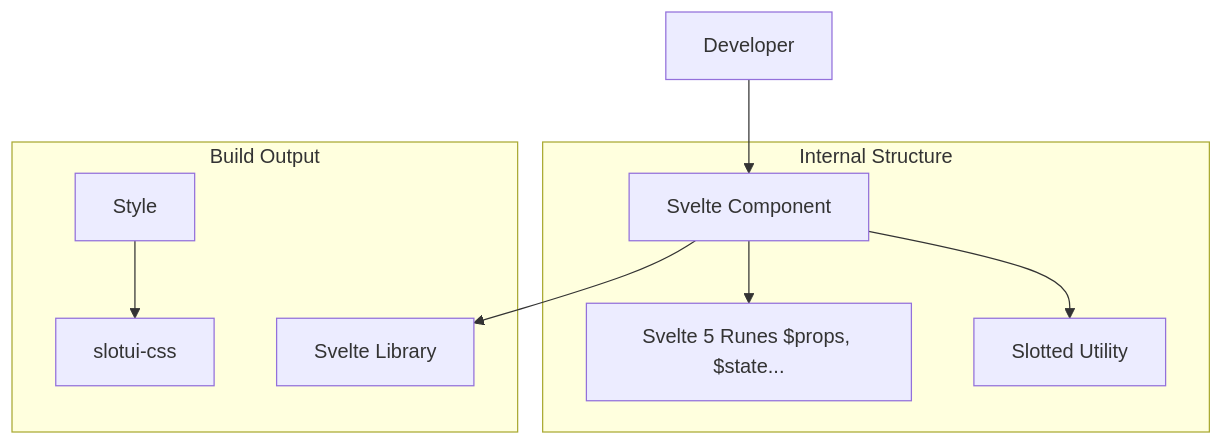
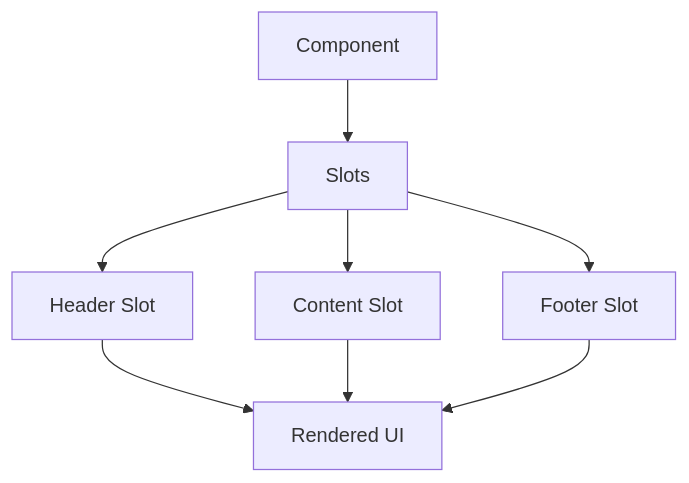
The diagram in packages/idae-slotui/README.md (medyll/idae), drawn with Mermaid before and after one commit. The commit also changed other lines of this file and 17 other files, not shown here.

````diff
--- a/packages/idae-slotui/README.md
+++ b/packages/idae-slotui/README.md
@@ -48,14 +7,10 @@
 ```mermaid
-flowchart TD
-  User[Developer] --> Comp[Svelte Component]
-  
-  subgraph Component [Internal Structure]
-    Comp --> Runes[Svelte 5 Runes $props, $state...]
-    Comp --> Slotted[Slotted Utility]
-  end
-
-  subgraph Exports [Build Output]
-    Style --> CSS[slotui-css]
-    Comp --> Lib[Svelte Library]
-  end
+graph TD
+    A[Component] --> B[Slots]
+    B --> C[Header Slot]
+    B --> D[Content Slot]
+    B --> E[Footer Slot]
+    C --> F[Rendered UI]
+    D --> F
+    E --> F
 ```
````
